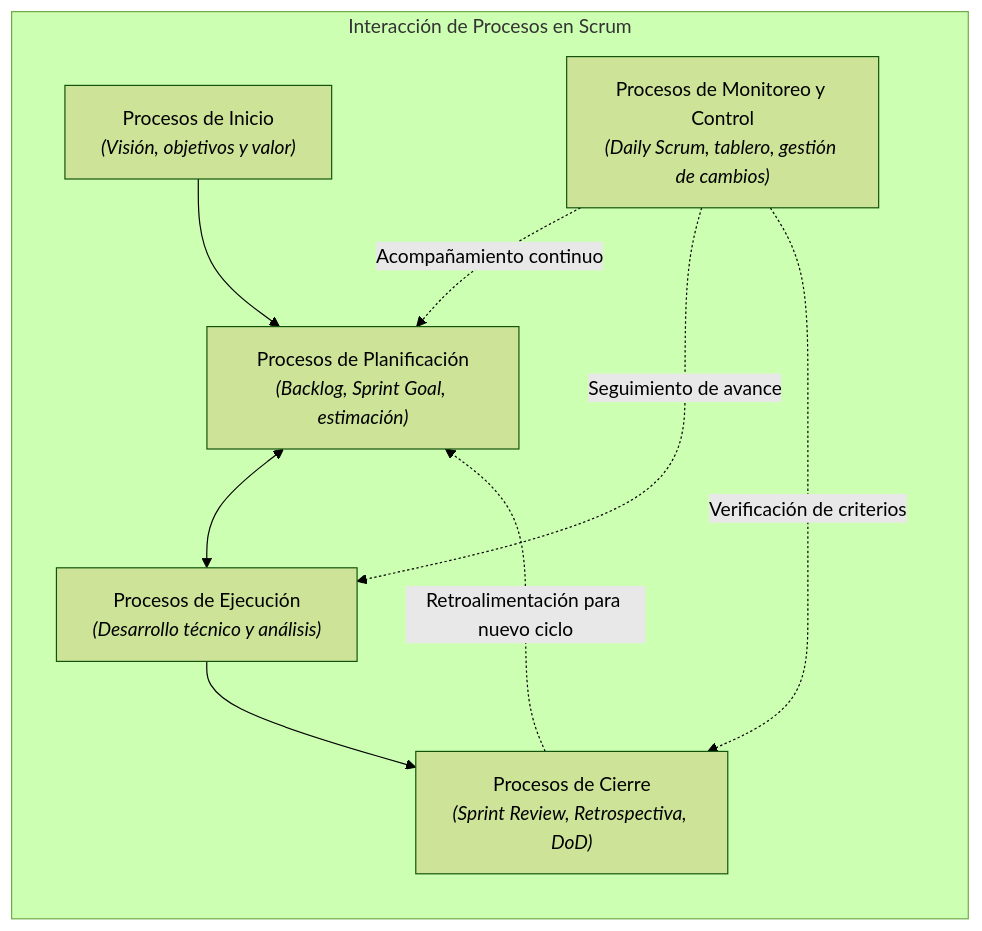
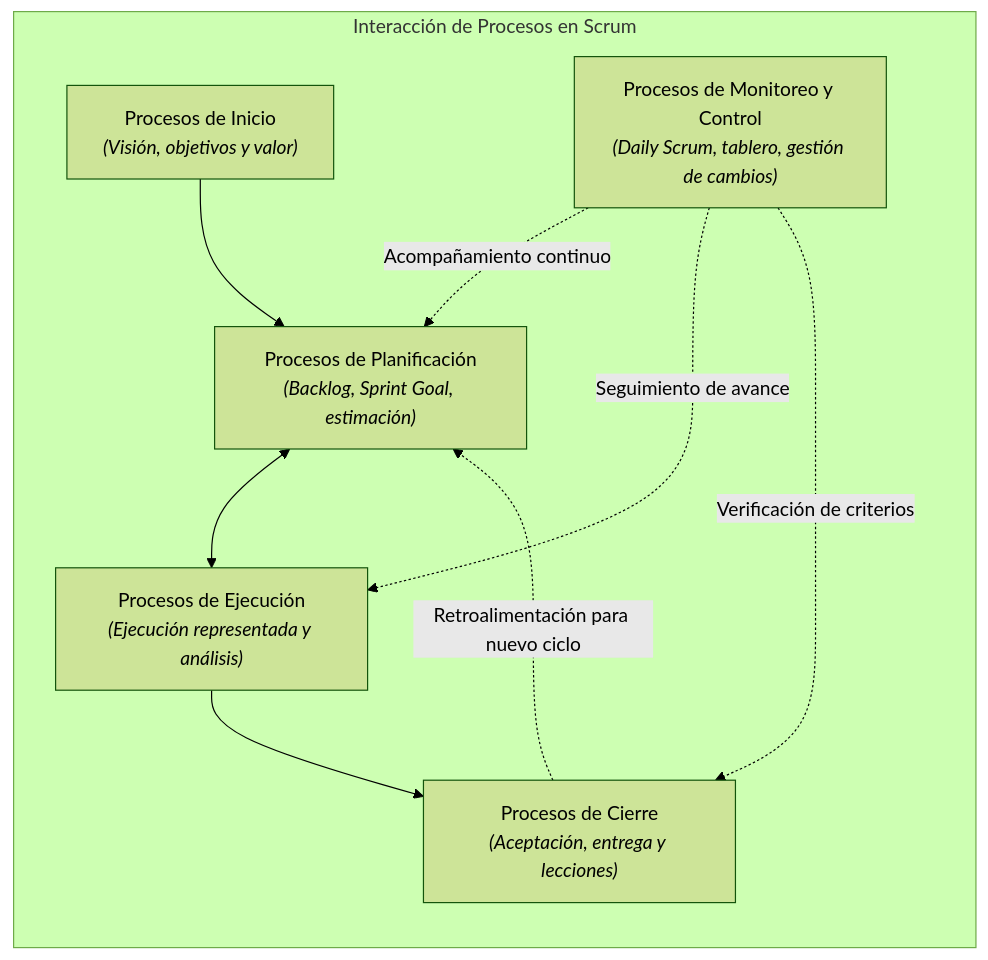
One commit to Brianrp19/ISW-912-RYC-Control-Plagas changed the first of 2 diagrams in README.md. Above: the diagram before and after it, drawn with Mermaid (forest theme). The commit also changed other lines of this file, not shown here.

````diff
--- a/README.md
+++ b/README.md
@@ -2126,20 +3052,20 @@
 ```mermaid
 flowchart LR
     subgraph Ciclo["Interacción de Procesos en Scrum"]
         direction TB
         IN["Procesos de Inicio<br><i>(Visión, objetivos y valor)</i>"]
         PL["Procesos de Planificación<br><i>(Backlog, Sprint Goal, estimación)</i>"]
-        EJ["Procesos de Ejecución<br><i>(Desarrollo técnico y análisis)</i>"]
+        EJ["Procesos de Ejecución<br><i>(Ejecución representada y análisis)</i>"]
         MC["Procesos de Monitoreo y Control<br><i>(Daily Scrum, tablero, gestión de cambios)</i>"]
-        CI["Procesos de Cierre<br><i>(Sprint Review, Retrospectiva, DoD)</i>"]
+        CI["Procesos de Cierre<br><i>(Aceptación, entrega y lecciones)</i>"]
 
         IN --> PL
         PL <--> EJ
         EJ --> CI
         CI -.->|"Retroalimentación para nuevo ciclo"| PL
         
         MC -.->|"Acompañamiento continuo"| PL
         MC -.->|"Seguimiento de avance"| EJ
         MC -.->|"Verificación de criterios"| CI
     end
 ```
````
